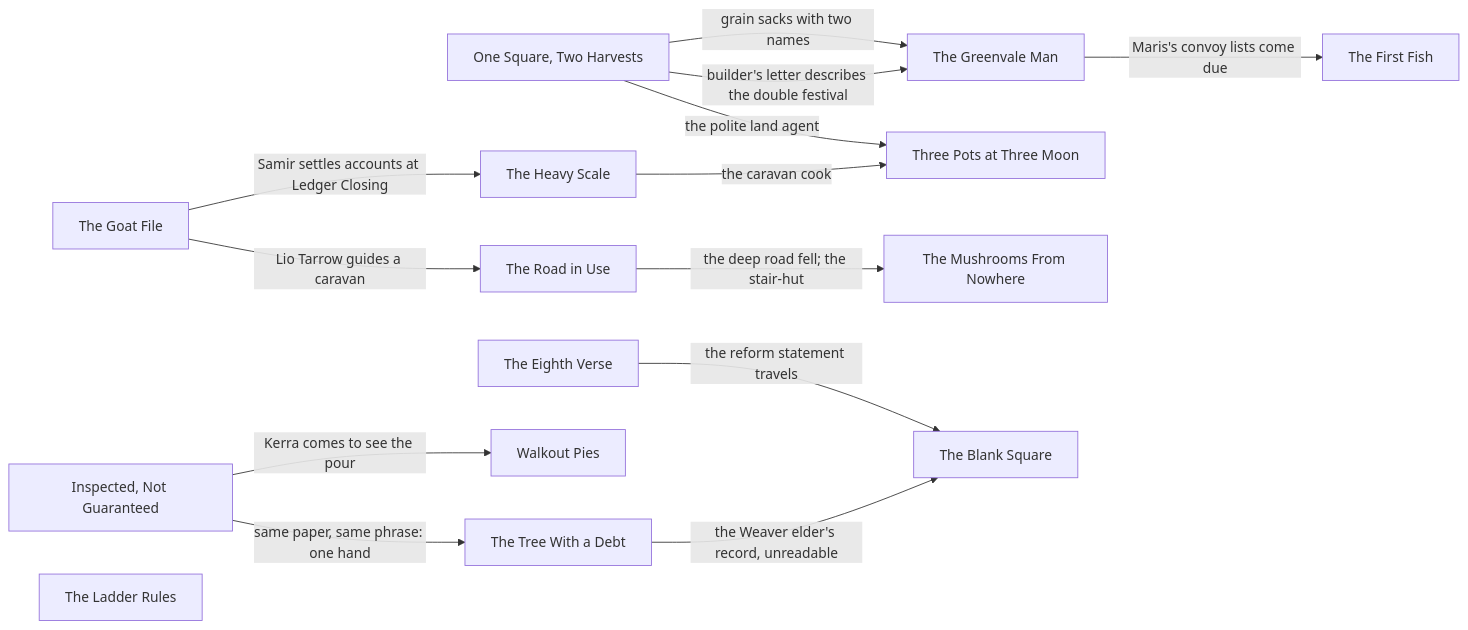
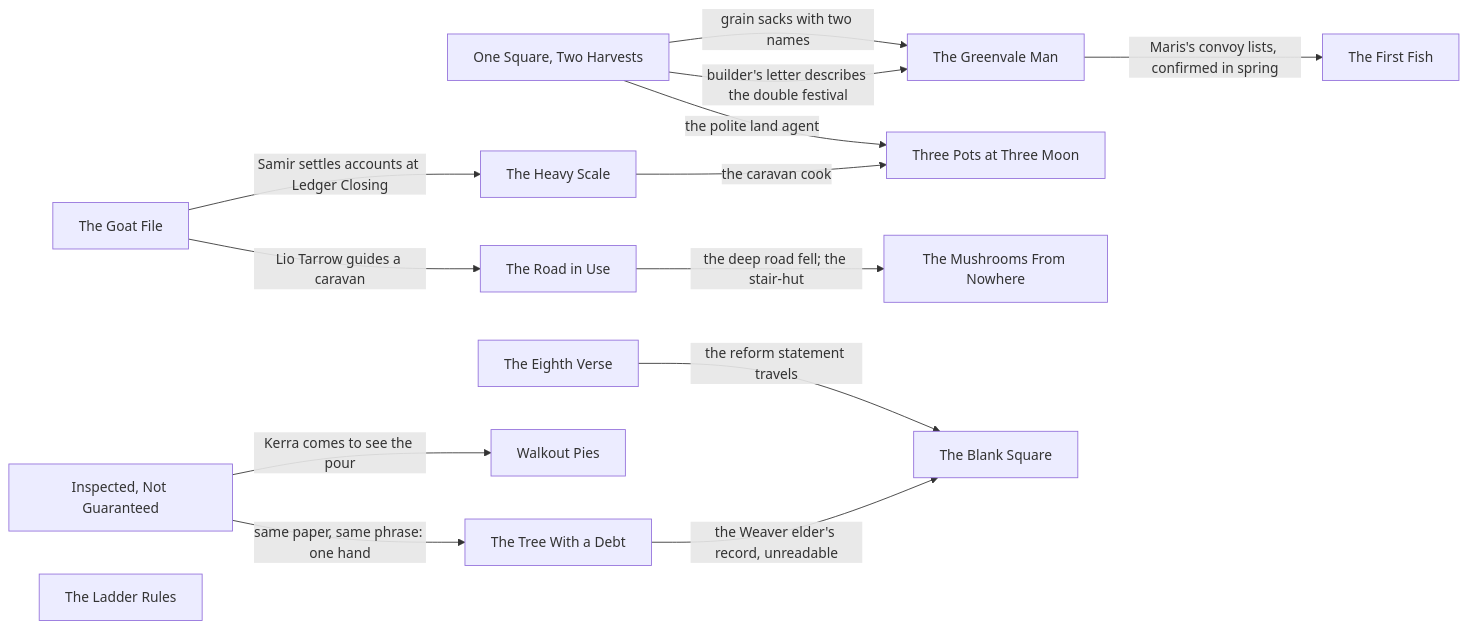
One commit to BigCatMellow/10Kings changed the diagram in wiki/Sunday-Morning/Notes/Collection.md. Above: the diagram before and after it, drawn with Mermaid. The commit also changed other lines of this file and 31 other files, not shown here.

````diff
--- a/wiki/Sunday-Morning/Notes/Collection.md
+++ b/wiki/Sunday-Morning/Notes/Collection.md
@@ -44,16 +44,16 @@
 ```mermaid
 flowchart LR
   OS[One Square, Two Harvests] -->|grain sacks with two names| GM[The Greenvale Man]
   OS -->|builder's letter describes the double festival| GM
   OS -->|the polite land agent| TP[Three Pots at Three Moon]
   GF[The Goat File] -->|Samir settles accounts at Ledger Closing| HS[The Heavy Scale]
   HS -->|the caravan cook| TP
   IN[Inspected, Not Guaranteed] -->|same paper, same phrase: one hand| TD[The Tree With a Debt]
-  GM -->|Maris's convoy lists come due| FF[The First Fish]
+  GM -->|Maris's convoy lists, confirmed in spring| FF[The First Fish]
   GF -->|Lio Tarrow guides a caravan| RU[The Road in Use]
   IN -->|Kerra comes to see the pour| WP[Walkout Pies]
   RU -->|the deep road fell; the stair-hut| MN[The Mushrooms From Nowhere]
   EV[The Eighth Verse] -->|the reform statement travels| BS[The Blank Square]
   TD -->|the Weaver elder's record, unreadable| BS
   LR[The Ladder Rules]
 ```
````
